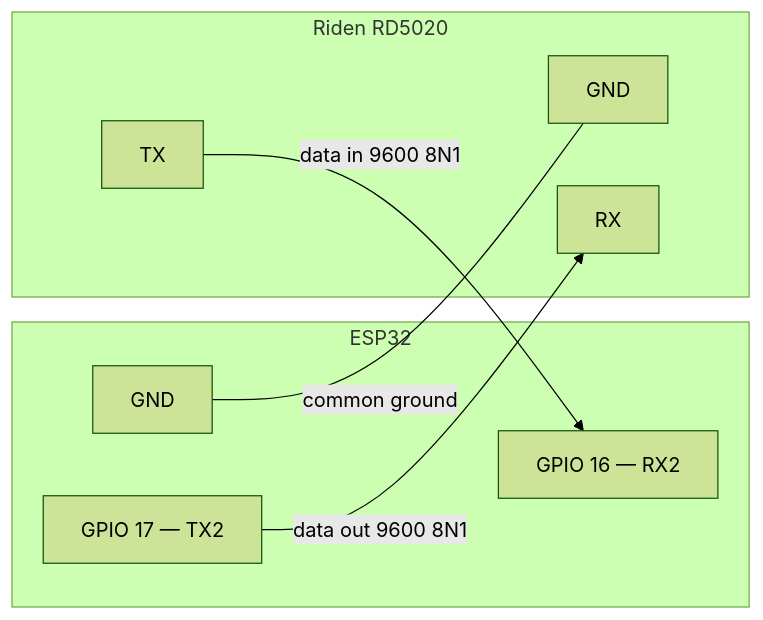
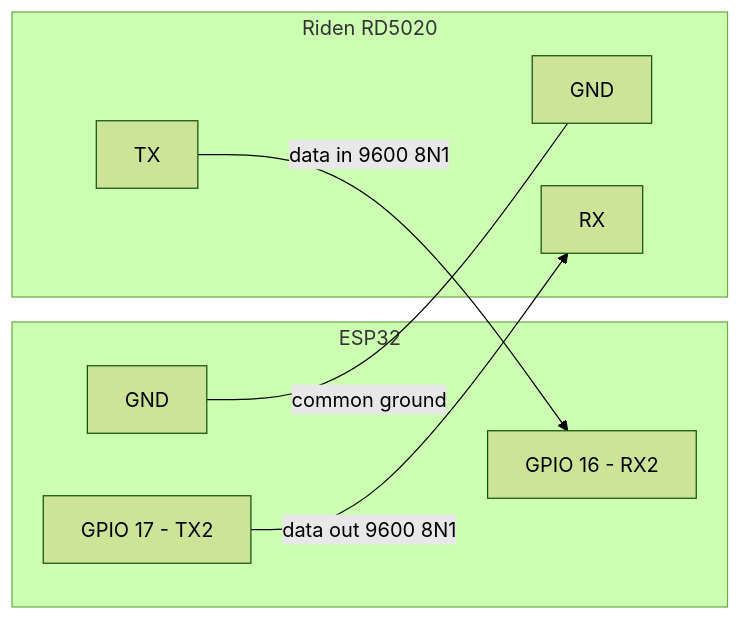
The second of 2 diagrams in README.md (Warpguru/ESP), drawn with Mermaid (forest theme) before and after one commit. The commit also changed other lines of this file and 43 other files, not shown here.

````diff
--- a/README.md
+++ b/README.md
@@ -78,18 +78,18 @@
 ```mermaid
 graph LR
     subgraph ESP32["ESP32"]
         GND_ESP["GND"]
-        RX["GPIO 16 — RX2"]
-        TX["GPIO 17 — TX2"]
+        RX["GPIO 16 - RX2"]
+        TX["GPIO 17 - TX2"]
     end
 
     subgraph Riden["Riden RD5020"]
         GND_RID["GND"]
         RID_TX["TX"]
         RID_RX["RX"]
     end
 
     GND_ESP -- "common ground" --- GND_RID
     TX      -- "data out  9600 8N1" --> RID_RX
     RID_TX  -- "data in   9600 8N1" --> RX
 ```
````
